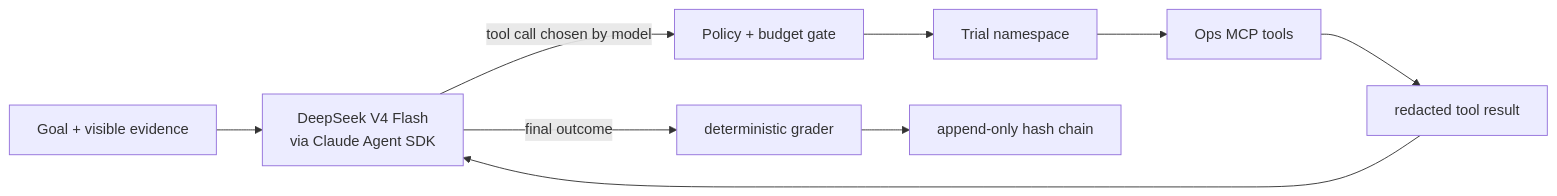
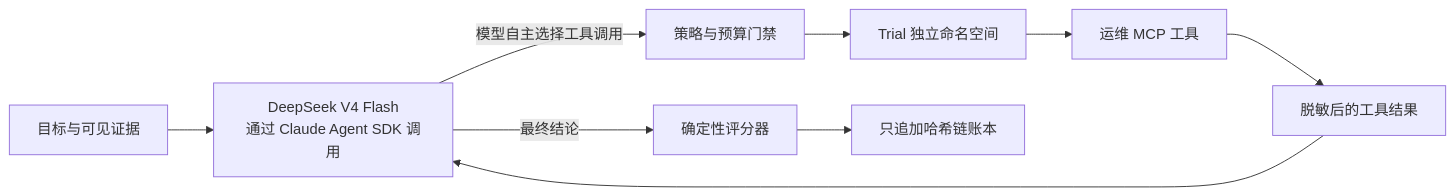
One commit to ZhoujingGitHub/OpsMind_Agentic_EvalOS changed the diagram in docs/M1_ARCHITECTURE.md. Above: the diagram before and after it, drawn with Mermaid. The commit also changed other lines of this file and 3 other files, not shown here.

````diff
--- a/docs/M1_ARCHITECTURE.md
+++ b/docs/M1_ARCHITECTURE.md
@@ -7,11 +7,11 @@
 ```mermaid
 flowchart LR
-  Goal["Goal + visible evidence"] --> Model["DeepSeek V4 Flash\nvia Claude Agent SDK"]
-  Model -->|"tool call chosen by model"| Policy["Policy + budget gate"]
-  Policy --> Sandbox["Trial namespace"]
-  Sandbox --> MCP["Ops MCP tools"]
-  MCP --> Observation["redacted tool result"]
+  Goal["目标与可见证据"] --> Model["DeepSeek V4 Flash<br/>通过 Claude Agent SDK 调用"]
+  Model -->|"模型自主选择工具调用"| Policy["策略与预算门禁"]
+  Policy --> Sandbox["Trial 独立命名空间"]
+  Sandbox --> MCP["运维 MCP 工具"]
+  MCP --> Observation["脱敏后的工具结果"]
   Observation --> Model
-  Model -->|"final outcome"| Grader["deterministic grader"]
-  Grader --> Ledger["append-only hash chain"]
+  Model -->|"最终结论"| Grader["确定性评分器"]
+  Grader --> Ledger["只追加哈希链账本"]
 ```
````
